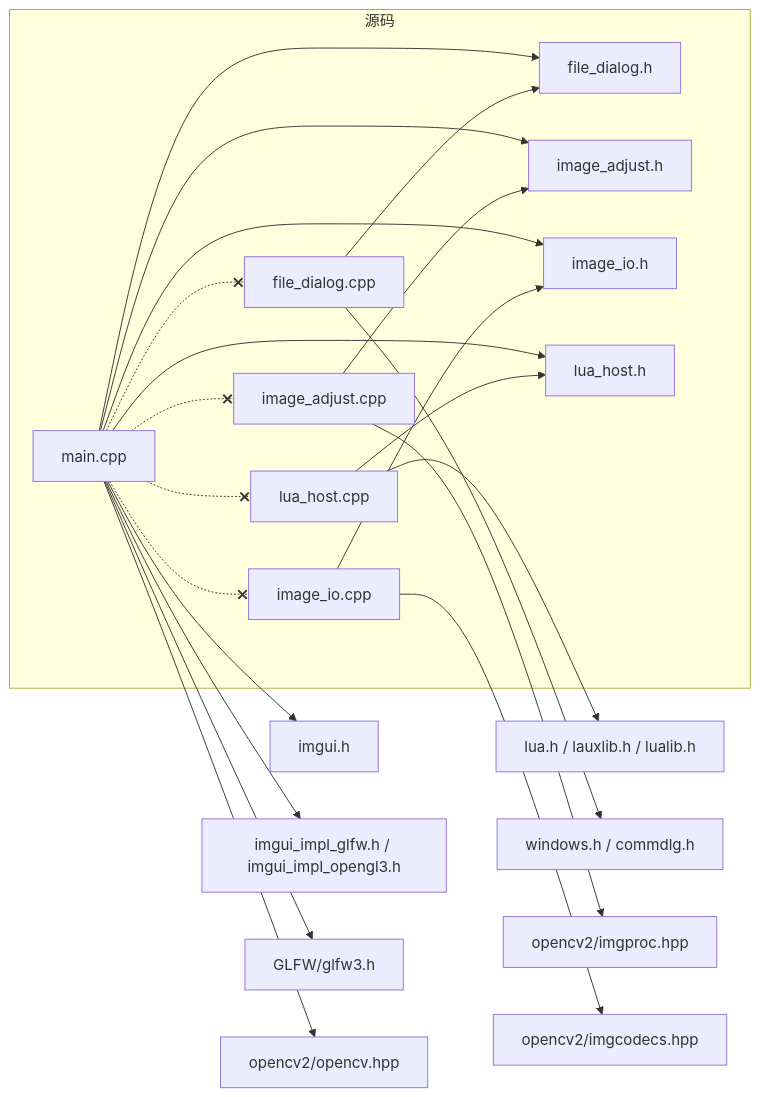
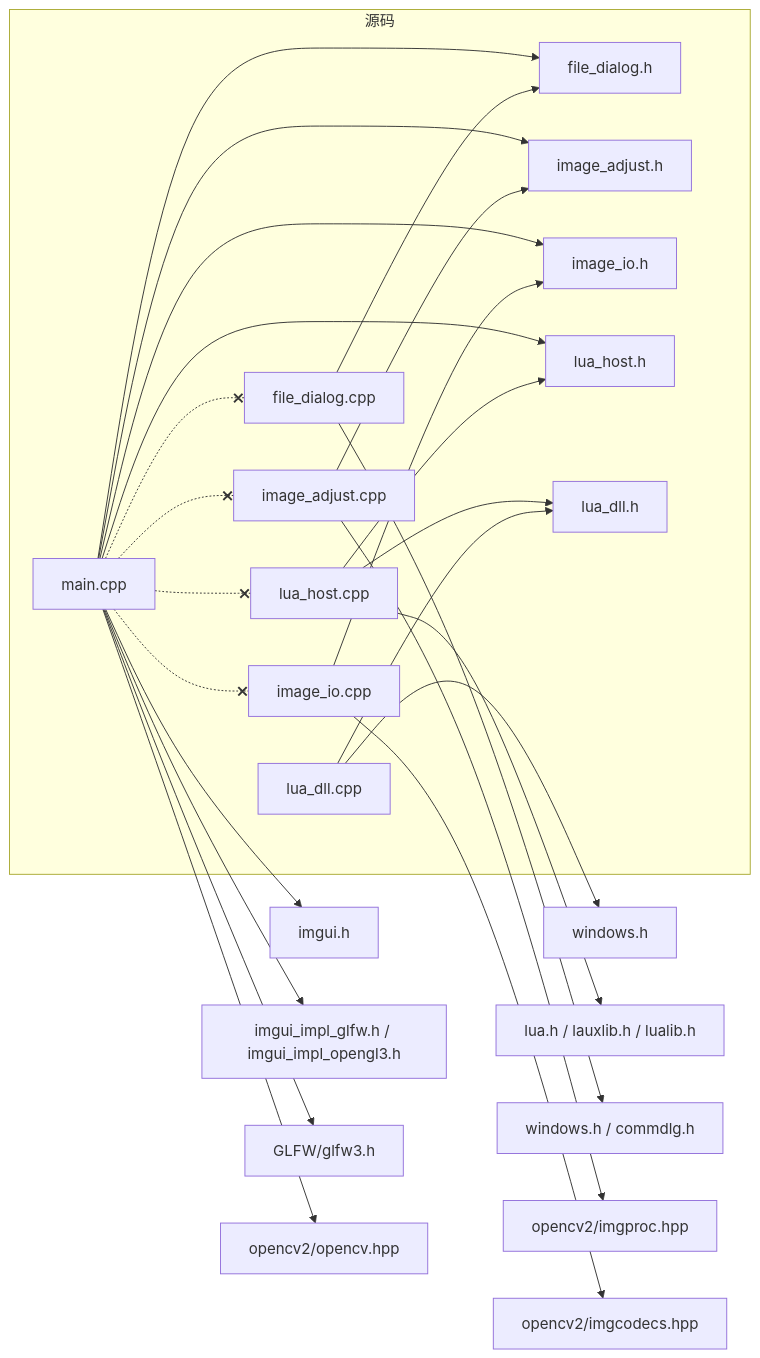
Before and after one commit to YunKaiRiYueLang/image_contrast_light_tools: the second of 3 diagrams in README.md, drawn with Mermaid. The commit also changed other lines of this file, not shown here.

Commit message:
Document Lua DLL binding and DLL test dialog

````diff
--- a/README.md
+++ b/README.md
@@ -70,34 +74,39 @@
 ```mermaid
 graph LR
     subgraph 源码
         main_cpp["main.cpp"]
         fd_cpp["file_dialog.cpp"]
         ia_cpp["image_adjust.cpp"]
         io_cpp["image_io.cpp"]
         lua_cpp["lua_host.cpp"]
+        lua_dll_cpp["lua_dll.cpp"]
         fd_h["file_dialog.h"]
         ia_h["image_adjust.h"]
         io_h["image_io.h"]
         lua_h["lua_host.h"]
+        lua_dll_h["lua_dll.h"]
     end
     main_cpp --> fd_h
     main_cpp --> ia_h
     main_cpp --> io_h
     main_cpp --> lua_h
     lua_cpp --> lua_h
+    lua_cpp --> lua_dll_h
+    lua_dll_cpp --> lua_dll_h
+    lua_dll_cpp --> win_dll_h["windows.h"]
     lua_cpp --> lua_hdr["lua.h / lauxlib.h / lualib.h"]
     main_cpp --> imgui_h["imgui.h"]
     main_cpp --> impl_h["imgui_impl_glfw.h / imgui_impl_opengl3.h"]
     main_cpp --> glfw_h["GLFW/glfw3.h"]
     main_cpp --> ocv_h["opencv2/opencv.hpp"]
     fd_cpp --> fd_h
     fd_cpp --> win_h["windows.h / commdlg.h"]
     ia_cpp --> ia_h
     ia_cpp --> cv_imgproc["opencv2/imgproc.hpp"]
     io_cpp --> io_h
     io_cpp --> cv_imgcodecs["opencv2/imgcodecs.hpp"]
     main_cpp -.-x fd_cpp
     main_cpp -.-x ia_cpp
     main_cpp -.-x io_cpp
     main_cpp -.-x lua_cpp
 ```
````
